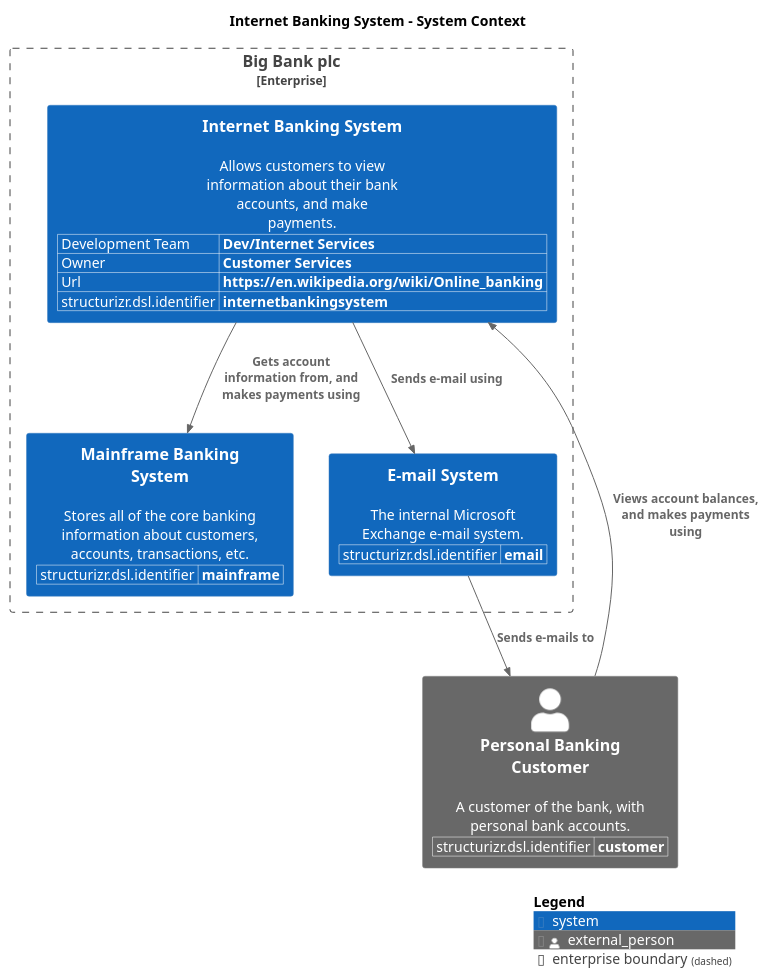
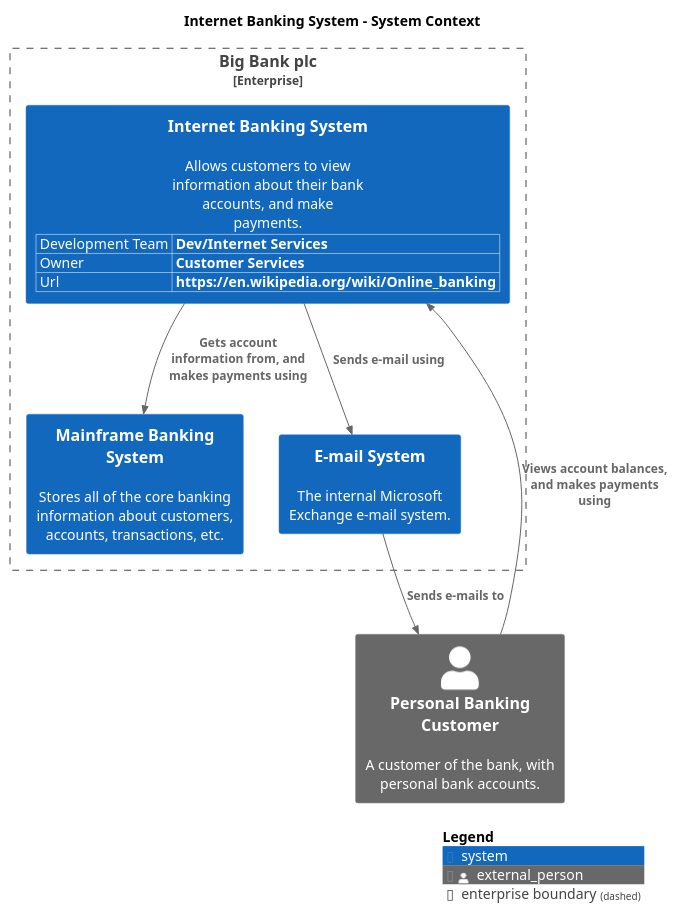
Before and after one commit to avisi-cloud/structurizr-site-generatr: the diagram in puml/SystemContext-SystemContext.puml, drawn with PlantUML. The commit also changed 76 other files, not shown here.

```diff
--- a/puml/SystemContext-SystemContext.puml
+++ b/puml/SystemContext-SystemContext.puml
@@ -1,37 +1,30 @@
 @startuml
 set separator none
 title Internet Banking System - System Context
 
 top to bottom direction
 
 !include https://raw.githubusercontent.com/plantuml-stdlib/C4-PlantUML/master/C4.puml
 !include https://raw.githubusercontent.com/plantuml-stdlib/C4-PlantUML/master/C4_Context.puml
 
 skinparam svgDimensionStyle false
 skinparam preserveAspectRatio meet
 Enterprise_Boundary(enterprise, "Big Bank plc") {
-  WithoutPropertyHeader()
-  AddProperty("structurizr.dsl.identifier","mainframe")
   System(MainframeBankingSystem, "Mainframe Banking System", "Stores all of the core banking information about customers, accounts, transactions, etc.", $tags="")[[../../mainframe-banking-system/context/]]
-  WithoutPropertyHeader()
-  AddProperty("structurizr.dsl.identifier","email")
   System(EmailSystem, "E-mail System", "The internal Microsoft Exchange e-mail system.", $tags="")[[../../e-mail-system/context/]]
   WithoutPropertyHeader()
   AddProperty("Development Team","Dev/Internet Services")
   AddProperty("Owner","Customer Services")
   AddProperty("Url","https://en.wikipedia.org/wiki/Online_banking")
-  AddProperty("structurizr.dsl.identifier","internetbankingsystem")
   System(InternetBankingSystem, "Internet Banking System", "Allows customers to view information about their bank accounts, and make payments.", $tags="")
 }
 
-WithoutPropertyHeader()
-AddProperty("structurizr.dsl.identifier","customer")
 Person_Ext(PersonalBankingCustomer, "Personal Banking Customer", "A customer of the bank, with personal bank accounts.", $tags="")
 
 Rel_D(PersonalBankingCustomer, InternetBankingSystem, "Views account balances, and makes payments using", $tags="")
 Rel_D(InternetBankingSystem, MainframeBankingSystem, "Gets account information from, and makes payments using", $tags="")
 Rel_D(InternetBankingSystem, EmailSystem, "Sends e-mail using", $tags="")
 Rel_D(EmailSystem, PersonalBankingCustomer, "Sends e-mails to", $tags="")
 
 SHOW_LEGEND(true)
 @enduml
```
